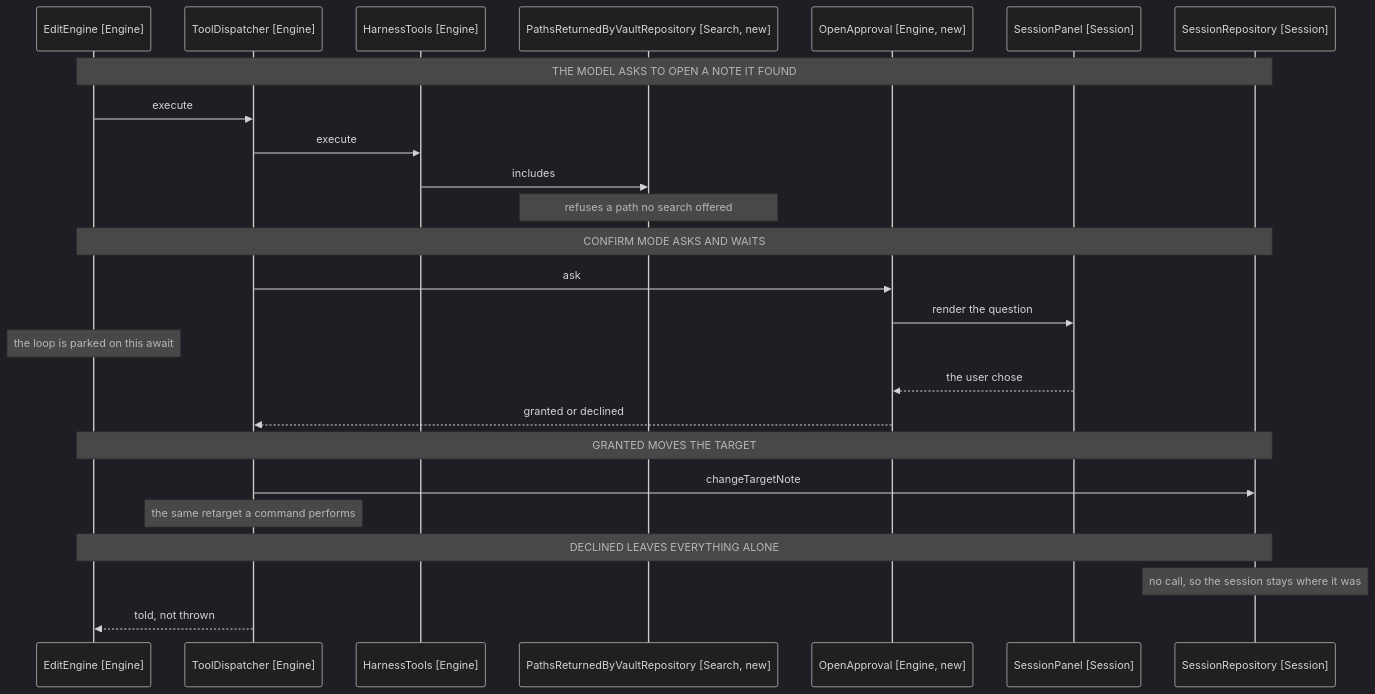
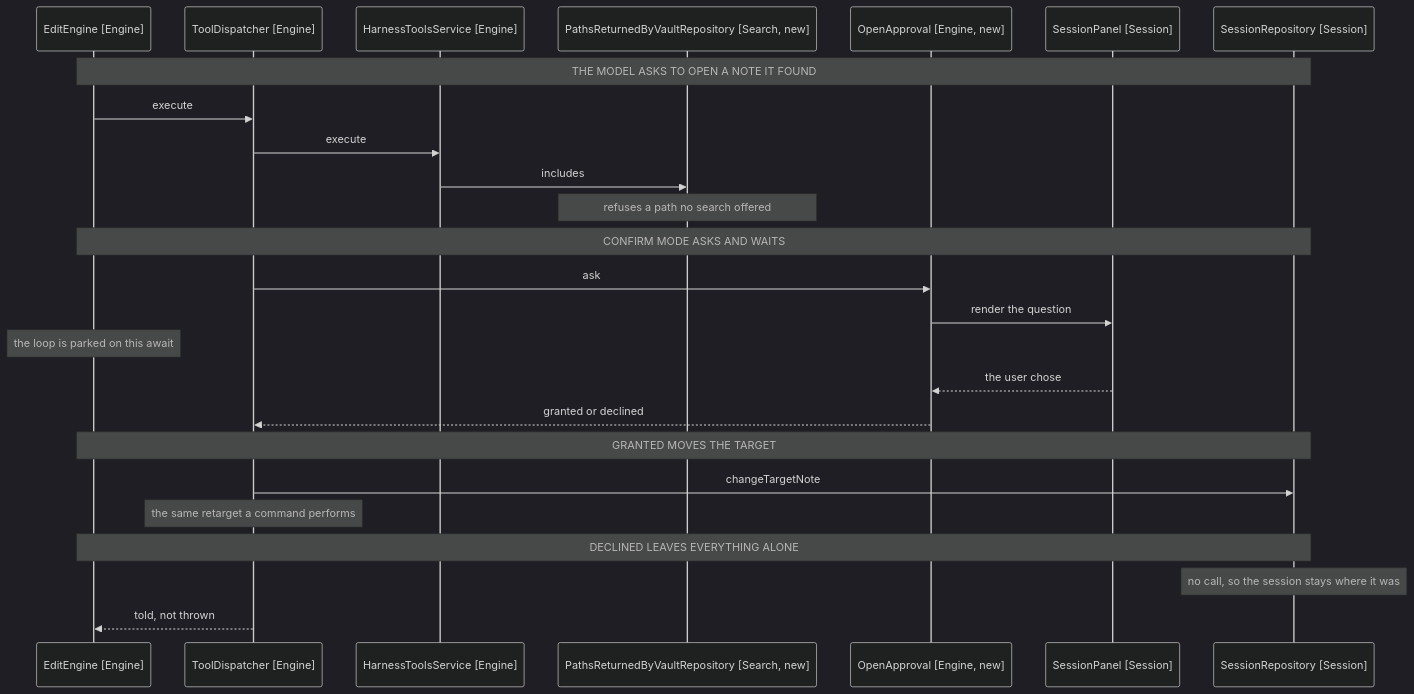
One commit to iparips/obsidian-owl changed the second of 2 diagrams in docs/spec/9-model-chosen-targets/3-component-design.md. Above: the diagram before and after it, drawn with Mermaid (dark theme). The commit also changed other lines of this file and 43 other files, not shown here.

````diff
--- a/docs/spec/9-model-chosen-targets/3-component-design.md
+++ b/docs/spec/9-model-chosen-targets/3-component-design.md
@@ -133,31 +133,31 @@
 ```mermaid
 sequenceDiagram
     participant Engine as EditEngine [Engine]
     participant Dispatcher as ToolDispatcher [Engine]
-    participant Harness as HarnessTools [Engine]
+    participant Harness as HarnessToolsService [Engine]
     participant Seen as PathsReturnedByVaultRepository [Search, new]
     participant Approval as OpenApproval [Engine, new]
     participant Panel as SessionPanel [Session]
     participant Session as SessionRepository [Session]
 
     Note over Engine,Session: THE MODEL ASKS TO OPEN A NOTE IT FOUND
     Engine->>Dispatcher: execute
     Dispatcher->>Harness: execute
     Harness->>Seen: includes
     Note over Seen: refuses a path no search offered
 
     Note over Engine,Session: CONFIRM MODE ASKS AND WAITS
     Dispatcher->>Approval: ask
     Approval->>Panel: render the question
     Note over Engine: the loop is parked on this await
     Panel-->>Approval: the user chose
     Approval-->>Dispatcher: granted or declined
 
     Note over Engine,Session: GRANTED MOVES THE TARGET
     Dispatcher->>Session: changeTargetNote
     Note over Dispatcher: the same retarget a command performs
 
     Note over Engine,Session: DECLINED LEAVES EVERYTHING ALONE
     Note over Session: no call, so the session stays where it was
     Dispatcher-->>Engine: told, not thrown
 ```
````
